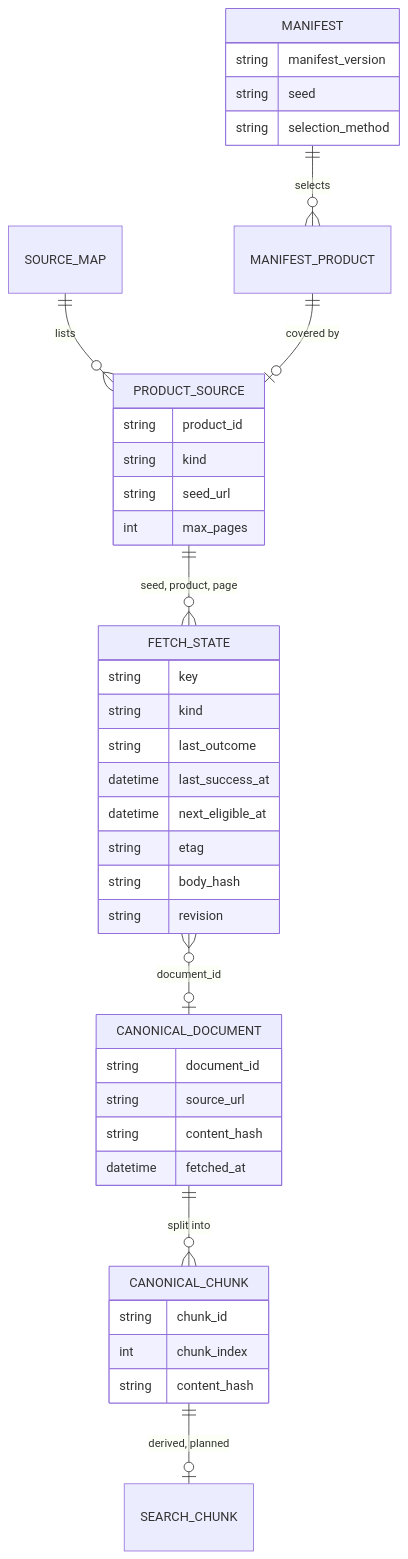
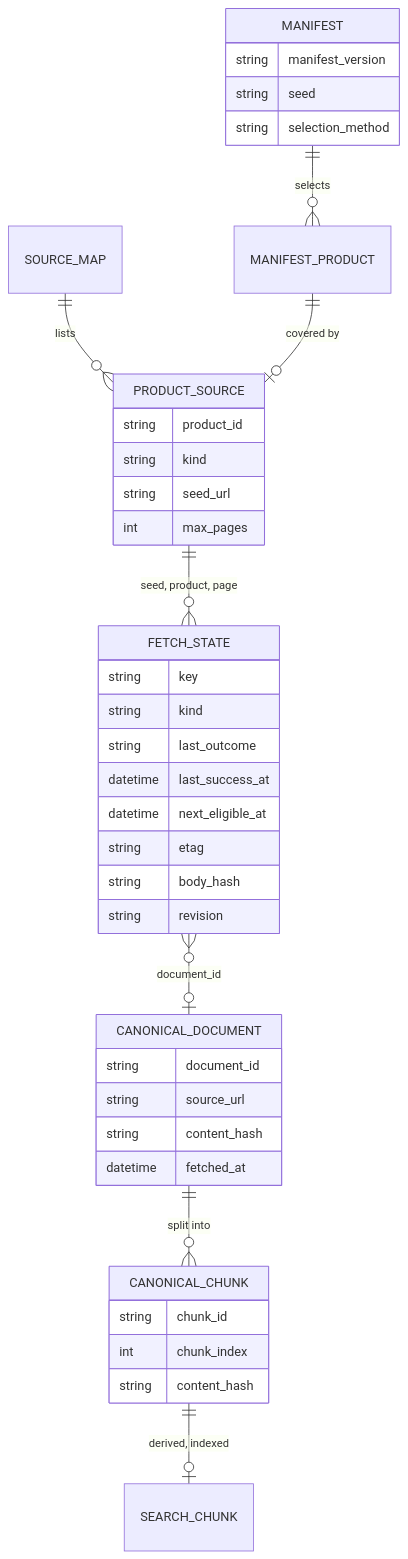
The seventh of 9 diagrams in docs/architecture/architecture-overview.md (ubk1004/product-support-agent), drawn with Mermaid before and after one commit. The commit also changed other lines of this file and 31 other files, not shown here.

````diff
--- a/docs/architecture/architecture-overview.md
+++ b/docs/architecture/architecture-overview.md
@@ -279,43 +279,43 @@
 ```mermaid
 erDiagram
     MANIFEST ||--o{ MANIFEST_PRODUCT : selects
     SOURCE_MAP ||--o{ PRODUCT_SOURCE : lists
     MANIFEST_PRODUCT ||--o| PRODUCT_SOURCE : "covered by"
     PRODUCT_SOURCE ||--o{ FETCH_STATE : "seed, product, page"
     FETCH_STATE }o--o| CANONICAL_DOCUMENT : "document_id"
     CANONICAL_DOCUMENT ||--o{ CANONICAL_CHUNK : "split into"
-    CANONICAL_CHUNK ||--o| SEARCH_CHUNK : "derived, planned"
+    CANONICAL_CHUNK ||--o| SEARCH_CHUNK : "derived, indexed"
 
     MANIFEST {
         string manifest_version
         string seed
         string selection_method
     }
     PRODUCT_SOURCE {
         string product_id
         string kind
         string seed_url
         int max_pages
     }
     FETCH_STATE {
         string key
         string kind
         string last_outcome
         datetime last_success_at
         datetime next_eligible_at
         string etag
         string body_hash
         string revision
     }
     CANONICAL_DOCUMENT {
         string document_id
         string source_url
         string content_hash
         datetime fetched_at
     }
     CANONICAL_CHUNK {
         string chunk_id
         int chunk_index
         string content_hash
     }
 ```
````
